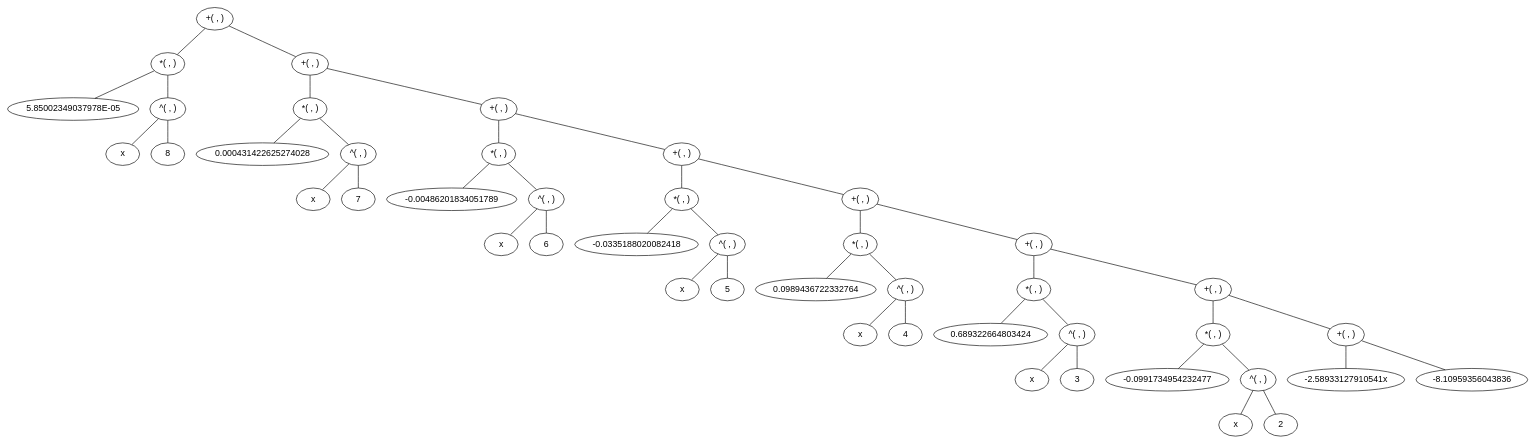
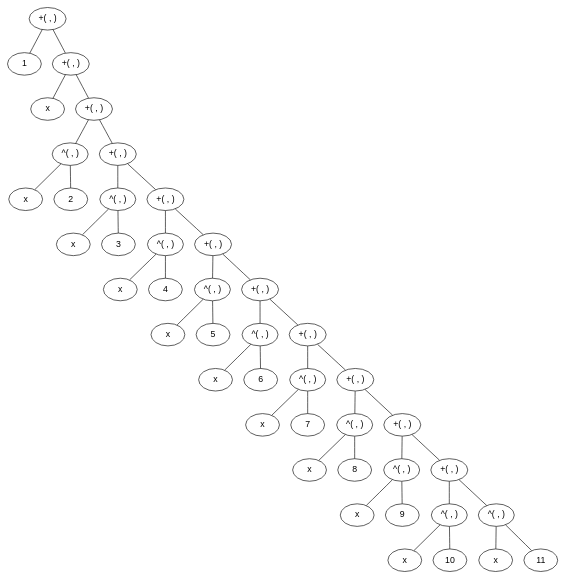
The diagram in CalculusApp/bin/Debug/abc.dot (BasJoosten98/Calculus-app), drawn with Graphviz before and after one commit. The commit also changed 11 other files, not shown here.

```diff
--- a/CalculusApp/bin/Debug/abc.dot
+++ b/CalculusApp/bin/Debug/abc.dot
@@ -1,92 +1,88 @@
 graph calculus {
 node [ fontname = "Arial" ]
-node437 [ label = "+( , )" ]
-node437 -- node439
-node437 -- node443
-node439 [ label = "*( , )" ]
-node439 -- node440
-node439 -- node438
-node440 [ label = "5.85002349037978E-05" ]
-node438 [ label = "^( , )" ]
-node438 -- node441
-node438 -- node442
-node441 [ label = "x" ]
-node442 [ label = "8" ]
-node443 [ label = "+( , )" ]
-node443 -- node445
-node443 -- node449
-node445 [ label = "*( , )" ]
-node445 -- node446
-node445 -- node444
-node446 [ label = "0.000431422625274028" ]
-node444 [ label = "^( , )" ]
-node444 -- node447
-node444 -- node448
-node447 [ label = "x" ]
-node448 [ label = "7" ]
-node449 [ label = "+( , )" ]
-node449 -- node451
-node449 -- node455
-node451 [ label = "*( , )" ]
-node451 -- node452
-node451 -- node450
-node452 [ label = "-0.00486201834051789" ]
-node450 [ label = "^( , )" ]
-node450 -- node453
-node450 -- node454
-node453 [ label = "x" ]
-node454 [ label = "6" ]
-node455 [ label = "+( , )" ]
-node455 -- node457
-node455 -- node461
-node457 [ label = "*( , )" ]
-node457 -- node458
-node457 -- node456
-node458 [ label = "-0.0335188020082418" ]
-node456 [ label = "^( , )" ]
-node456 -- node459
-node456 -- node460
-node459 [ label = "x" ]
-node460 [ label = "5" ]
-node461 [ label = "+( , )" ]
-node461 -- node463
-node461 -- node467
-node463 [ label = "*( , )" ]
-node463 -- node464
-node463 -- node462
-node464 [ label = "0.0989436722332764" ]
-node462 [ label = "^( , )" ]
-node462 -- node465
-node462 -- node466
-node465 [ label = "x" ]
-node466 [ label = "4" ]
-node467 [ label = "+( , )" ]
-node467 -- node469
-node467 -- node473
-node469 [ label = "*( , )" ]
-node469 -- node470
-node469 -- node468
-node470 [ label = "0.689322664803424" ]
-node468 [ label = "^( , )" ]
-node468 -- node471
-node468 -- node472
-node471 [ label = "x" ]
-node472 [ label = "3" ]
-node473 [ label = "+( , )" ]
-node473 -- node475
-node473 -- node479
-node475 [ label = "*( , )" ]
-node475 -- node476
-node475 -- node474
-node476 [ label = "-0.0991734954232477" ]
-node474 [ label = "^( , )" ]
-node474 -- node477
-node474 -- node478
-node477 [ label = "x" ]
-node478 [ label = "2" ]
-node479 [ label = "+( , )" ]
-node479 -- node490
-node479 -- node492
-node490 [ label = "-2.58933127910541x" ]
-node492 [ label = "-8.10959356043836" ]
+node23 [ label = "+( , )" ]
+node23 -- node33456048
+node23 -- node57
+node33456048 [ label = "1" ]
+node57 [ label = "+( , )" ]
+node57 -- node33456051
+node57 -- node112
+node33456051 [ label = "x" ]
+node112 [ label = "+( , )" ]
+node112 -- node107
+node112 -- node229
+node107 [ label = "^( , )" ]
+node107 -- node110
+node107 -- node111
+node110 [ label = "x" ]
+node111 [ label = "2" ]
+node229 [ label = "+( , )" ]
+node229 -- node224
+node229 -- node558
+node224 [ label = "^( , )" ]
+node224 -- node227
+node224 -- node228
+node227 [ label = "x" ]
+node228 [ label = "3" ]
+node558 [ label = "+( , )" ]
+node558 -- node553
+node558 -- node1364
+node553 [ label = "^( , )" ]
+node553 -- node556
+node553 -- node557
+node556 [ label = "x" ]
+node557 [ label = "4" ]
+node1364 [ label = "+( , )" ]
+node1364 -- node1359
+node1364 -- node4320
+node1359 [ label = "^( , )" ]
+node1359 -- node1362
+node1359 -- node1363
+node1362 [ label = "x" ]
+node1363 [ label = "5" ]
+node4320 [ label = "+( , )" ]
+node4320 -- node4315
+node4320 -- node17658
+node4315 [ label = "^( , )" ]
+node4315 -- node4318
+node4315 -- node4319
+node4318 [ label = "x" ]
+node4319 [ label = "6" ]
+node17658 [ label = "+( , )" ]
+node17658 -- node17653
+node17658 -- node90381
+node17653 [ label = "^( , )" ]
+node17653 -- node17656
+node17653 -- node17657
+node17656 [ label = "x" ]
+node17657 [ label = "7" ]
+node90381 [ label = "+( , )" ]
+node90381 -- node90376
+node90381 -- node558384
+node90376 [ label = "^( , )" ]
+node90376 -- node90379
+node90376 -- node90380
+node90379 [ label = "x" ]
+node90380 [ label = "8" ]
+node558384 [ label = "+( , )" ]
+node558384 -- node558379
+node558384 -- node4041084
+node558379 [ label = "^( , )" ]
+node558379 -- node558382
+node558379 -- node558383
+node558382 [ label = "x" ]
+node558383 [ label = "9" ]
+node4041084 [ label = "+( , )" ]
+node4041084 -- node4041079
+node4041084 -- node33456040
+node4041079 [ label = "^( , )" ]
+node4041079 -- node4041082
+node4041079 -- node4041083
+node4041082 [ label = "x" ]
+node4041083 [ label = "10" ]
+node33456040 [ label = "^( , )" ]
+node33456040 -- node33456043
+node33456040 -- node33456044
+node33456043 [ label = "x" ]
+node33456044 [ label = "11" ]
 }
```
